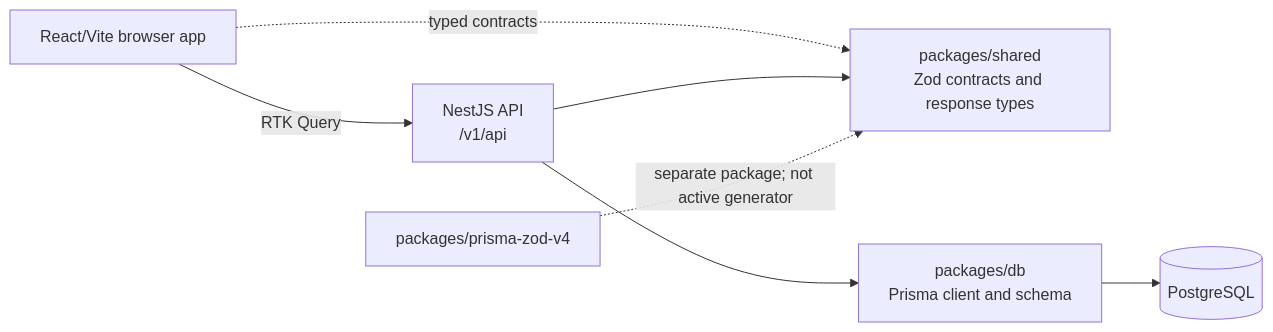
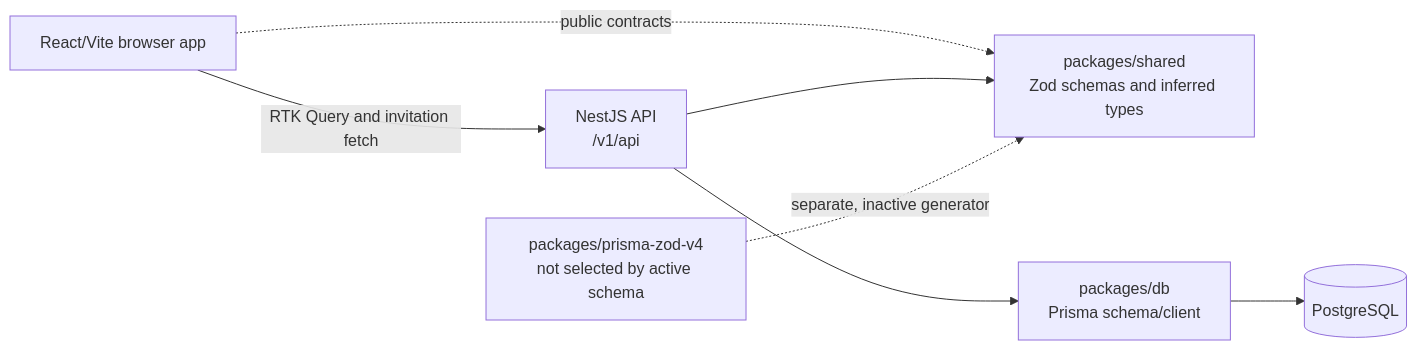
One commit to anubhav11803451/erp-platform changed the diagram in docs/architecture/system-overview.md. Above: the diagram before and after it, drawn with Mermaid. The commit also changed other lines of this file and 8 other files, not shown here.

````diff
--- a/docs/architecture/system-overview.md
+++ b/docs/architecture/system-overview.md
@@ -11,16 +9,16 @@
 ```mermaid
 flowchart LR
     Browser[React/Vite browser app]
-    Shared[packages/shared<br/>Zod contracts and response types]
+    Shared[packages/shared<br/>Zod schemas and inferred types]
     API[NestJS API<br/>/v1/api]
-    DBPkg[packages/db<br/>Prisma client and schema]
-    Generator[packages/prisma-zod-v4]
+    DBPkg[packages/db<br/>Prisma schema/client]
+    Generator[packages/prisma-zod-v4<br/>not selected by active schema]
     Postgres[(PostgreSQL)]
 
-    Browser -->|RTK Query| API
-    Browser -. typed contracts .-> Shared
+    Browser -->|RTK Query and invitation fetch| API
+    Browser -. public contracts .-> Shared
     API --> Shared
     API --> DBPkg
     DBPkg --> Postgres
-    Generator -. separate package; not active generator .-> Shared
+    Generator -. separate, inactive generator .-> Shared
 ```
````
